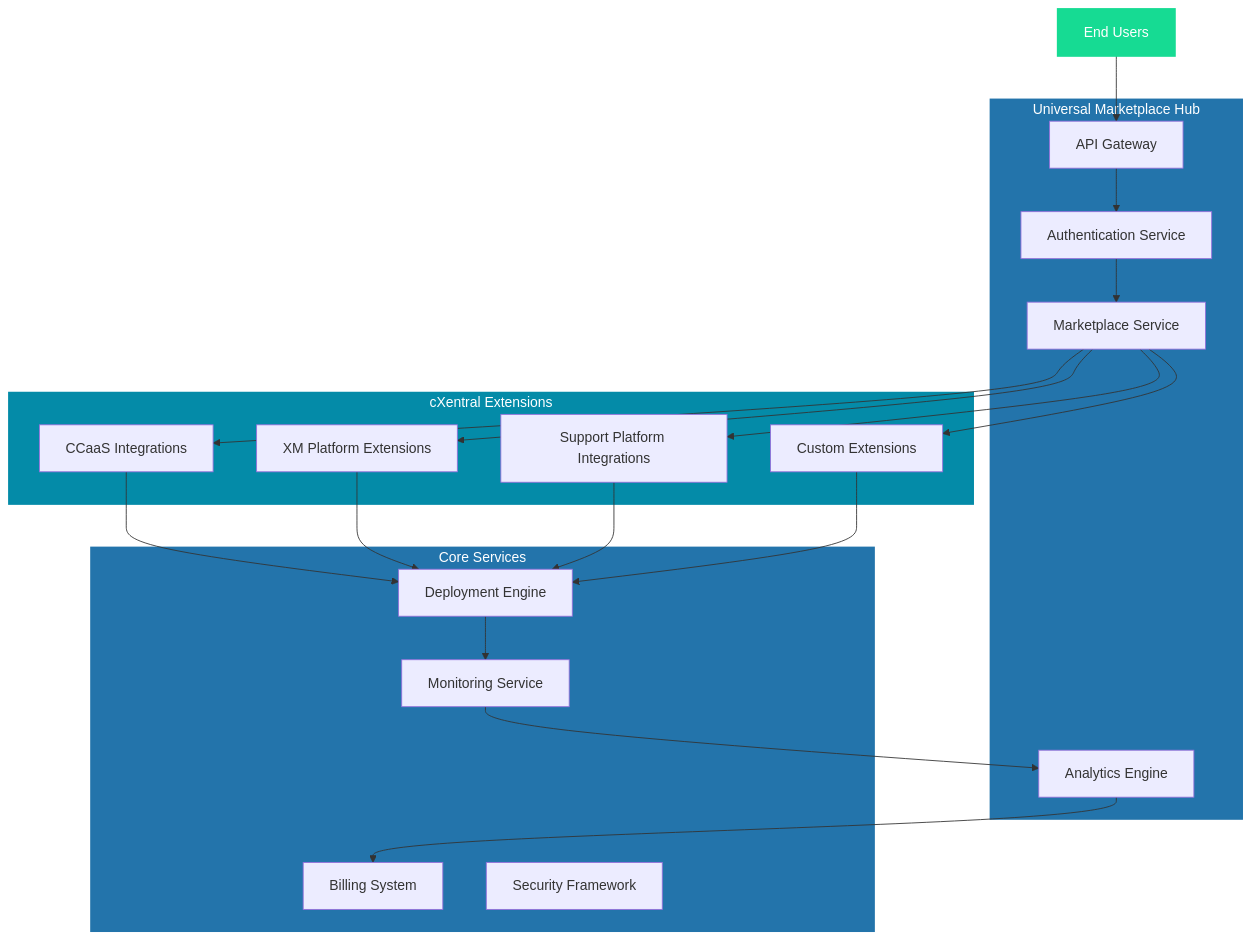
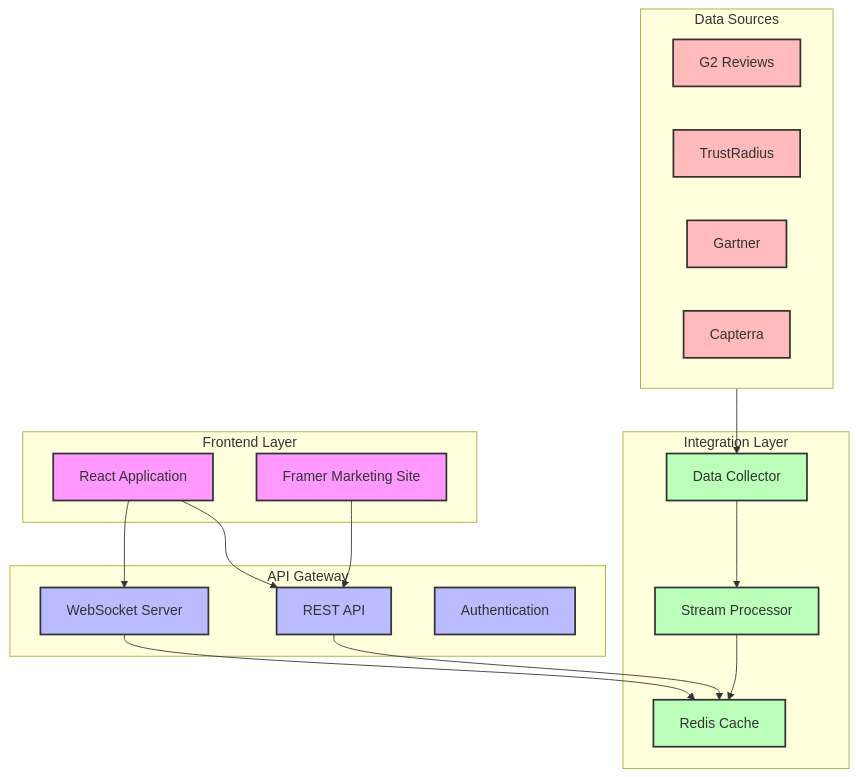
One commit to cXentral/cXentral-New-Install changed the diagram in system-architecture.mermaid. Above: the diagram before and after it, drawn with Mermaid. The commit also changed 4 other files, not shown here.

Commit message:
Composable Architecture

```diff
--- a/system-architecture.mermaid
+++ b/system-architecture.mermaid
@@ -1,39 +1,46 @@
-flowchart TD
-    subgraph UMH[Universal Marketplace Hub]
-        API[API Gateway]
-        Auth[Authentication Service]
-        Market[Marketplace Service]
-        Analytics[Analytics Engine]
+flowchart TB
+    subgraph Frontend["Frontend Layer"]
+        REACT[React Application]
+        FRAMER[Framer Marketing Site]
     end
 
-    subgraph CX[cXentral Extensions]
-        CCaaS[CCaaS Integrations]
-        XM[XM Platform Extensions]
-        Support[Support Platform Integrations]
-        Custom[Custom Extensions]
+    subgraph API["API Gateway"]
+        REST[REST API]
+        WS[WebSocket Server]
+        AUTH[Authentication]
     end
 
-    subgraph Core[Core Services]
-        Deploy[Deployment Engine]
-        Monitor[Monitoring Service]
-        Billing[Billing System]
-        Security[Security Framework]
+    subgraph Integration["Integration Layer"]
+        COLLECTOR[Data Collector]
+        PROCESSOR[Stream Processor]
+        CACHE[Redis Cache]
     end
 
-    User[End Users] --> API
-    API --> Auth
-    Auth --> Market
-    Market --> CCaaS & XM & Support & Custom
+    subgraph Data["Data Sources"]
+        G2[G2 Reviews]
+        TR[TrustRadius]
+        GP[Gartner]
+        CAP[Capterra]
+    end
+
+    REACT --> WS
+    REACT --> REST
+    FRAMER --> REST
+
+    WS --> CACHE
+    REST --> CACHE
     
-    CCaaS & XM & Support & Custom --> Deploy
-    Deploy --> Monitor
-    Monitor --> Analytics
-    Analytics --> Billing
+    COLLECTOR --> PROCESSOR
+    PROCESSOR --> CACHE
+    
+    Data --> COLLECTOR
 
-    classDef primary fill:#2374ab,stroke:#2374ab,stroke-width:2px,color:#fff
-    classDef secondary fill:#048ba8,stroke:#048ba8,stroke-width:2px,color:#fff
-    classDef accent fill:#16db93,stroke:#16db93,stroke-width:2px,color:#fff
-    
-    class UMH,Core primary
-    class CX secondary
-    class User accent
+    classDef frontend fill:#f9f,stroke:#333,stroke-width:2px
+    classDef api fill:#bbf,stroke:#333,stroke-width:2px
+    classDef integration fill:#bfb,stroke:#333,stroke-width:2px
+    classDef data fill:#fbb,stroke:#333,stroke-width:2px
+
+    class REACT,FRAMER frontend
+    class REST,WS,AUTH api
+    class COLLECTOR,PROCESSOR,CACHE integration
+    class G2,TR,GP,CAP data
```
